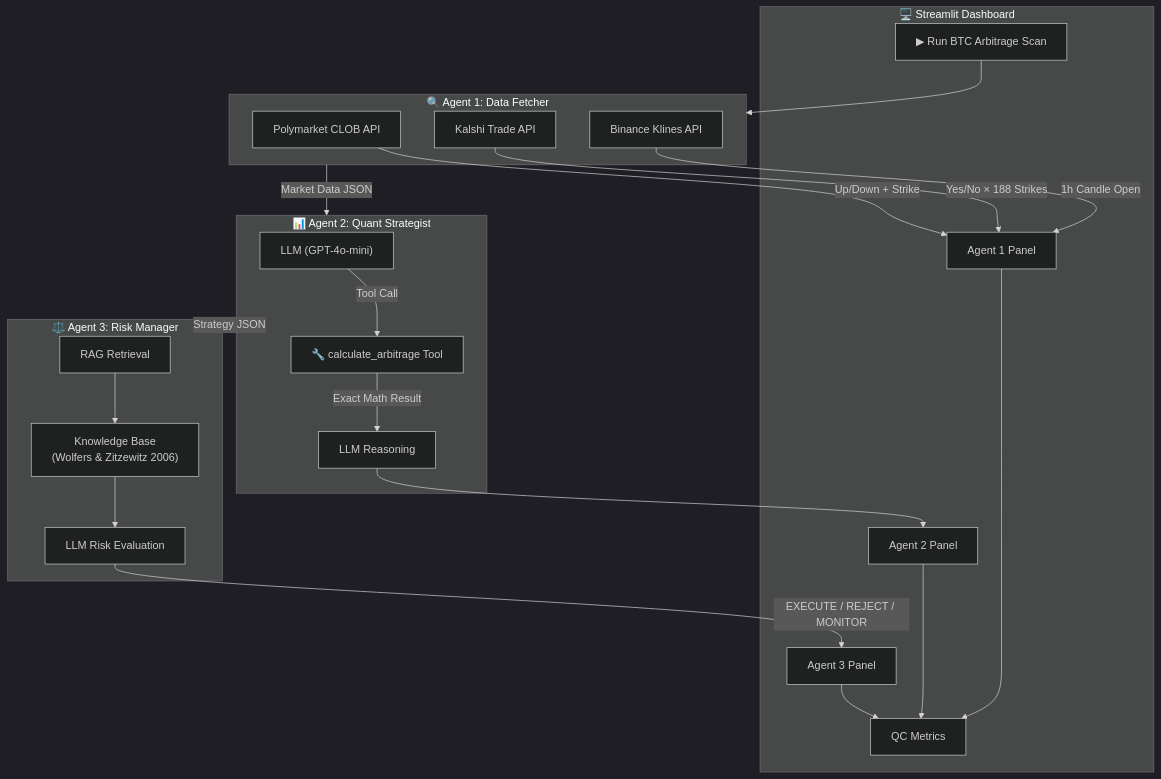
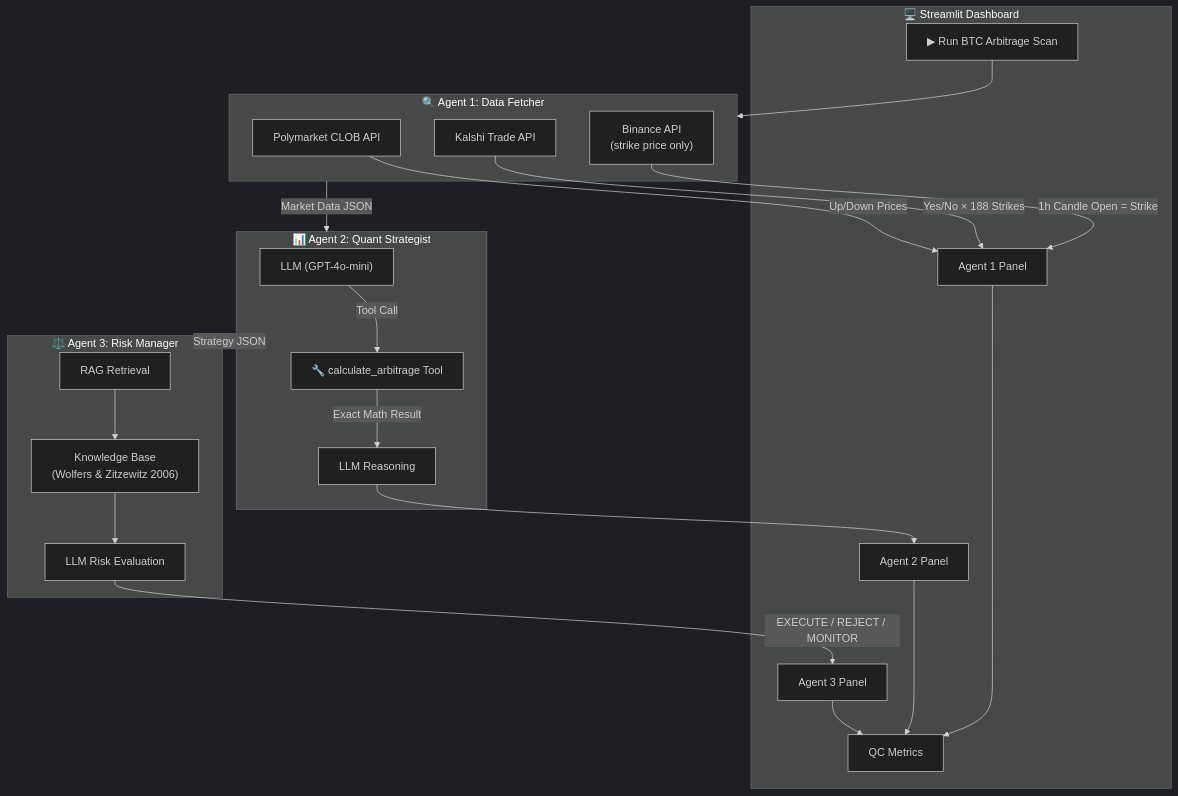
One commit to datik01/btc_arb_scanner changed the diagram in README.md. Above: the diagram before and after it, drawn with Mermaid (dark theme). The commit also changed other lines of this file, not shown here.

Commit message:
README: remove Ollama references, clarify Binance is strike-only

````diff
--- a/README.md
+++ b/README.md
@@ -17,47 +17,47 @@
 ```mermaid
 flowchart TB
     subgraph UI["🖥️ Streamlit Dashboard"]
         BTN["▶ Run BTC Arbitrage Scan"]
         A1_UI["Agent 1 Panel"]
         A2_UI["Agent 2 Panel"]
         A3_UI["Agent 3 Panel"]
         QC["QC Metrics"]
     end
 
     subgraph Agent1["🔍 Agent 1: Data Fetcher"]
         POLY_API["Polymarket CLOB API"]
         KALSHI_API["Kalshi Trade API"]
-        BINANCE["Binance Klines API"]
+        BINANCE["Binance API\n(strike price only)"]
     end
 
     subgraph Agent2["📊 Agent 2: Quant Strategist"]
         LLM2["LLM (GPT-4o-mini)"]
         TOOL["🔧 calculate_arbitrage Tool"]
         REASON["LLM Reasoning"]
     end
 
     subgraph Agent3["⚖️ Agent 3: Risk Manager"]
         RAG["RAG Retrieval"]
         KB["Knowledge Base\n(Wolfers & Zitzewitz 2006)"]
         LLM3["LLM Risk Evaluation"]
     end
 
     BTN --> Agent1
-    POLY_API --> |"Up/Down + Strike"| A1_UI
+    POLY_API --> |"Up/Down Prices"| A1_UI
     KALSHI_API --> |"Yes/No × 188 Strikes"| A1_UI
-    BINANCE --> |"1h Candle Open"| A1_UI
+    BINANCE --> |"1h Candle Open = Strike"| A1_UI
     
     Agent1 --> |"Market Data JSON"| Agent2
     LLM2 --> |"Tool Call"| TOOL
     TOOL --> |"Exact Math Result"| REASON
     REASON --> A2_UI
     
     Agent2 --> |"Strategy JSON"| Agent3
     RAG --> KB
     KB --> LLM3
     LLM3 --> |"EXECUTE / REJECT / MONITOR"| A3_UI
     
     A1_UI --> QC
     A2_UI --> QC
     A3_UI --> QC
 ```
````
